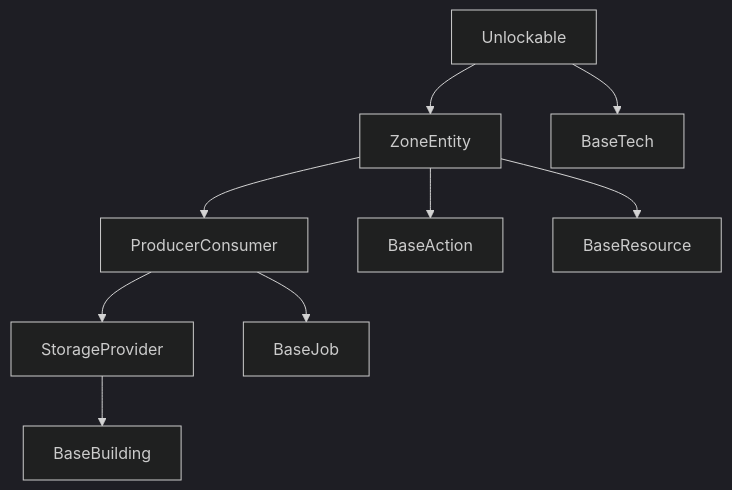
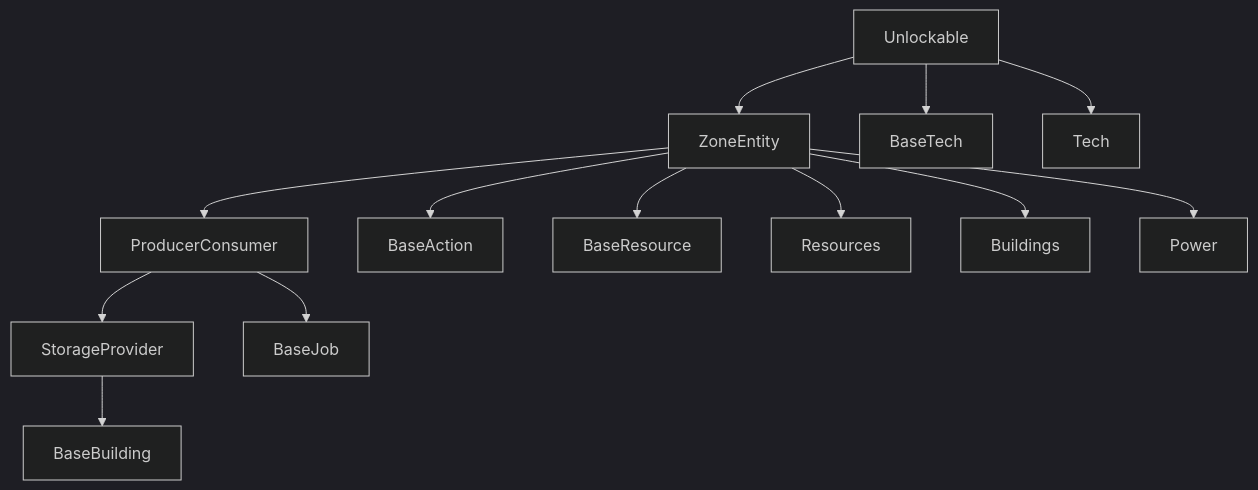
One commit to krnsk0/idler changed the diagram in docs/HIERARCHY.md. Above: the diagram before and after it, drawn with Mermaid (dark theme). The commit also changed 3 other files, not shown here.

````diff
--- a/docs/HIERARCHY.md
+++ b/docs/HIERARCHY.md
@@ -1,12 +1,22 @@
 ```mermaid
+
+
+
 
 graph TD;
   Z[Unlockable] --> A[ZoneEntity]
   Z[Unlockable] --> K[BaseTech]
   A[ZoneEntity] --> B[ProducerConsumer]
   A[ZoneEntity] --> C[BaseAction]
   E[StorageProvider] --> D[BaseBuilding]
   B[ProducerConsumer] --> E[StorageProvider]
   A[ZoneEntity] --> H[BaseResource]
   B[ProducerConsumer] --> I[BaseJob]
+
+  Z[Unlockable] --> J[Tech]
+  A[ZoneEntity] --> L[Resources]
+  A[ZoneEntity] --> M[Buildings]
+  A[ZoneEntity] --> N[Power]
+
+
 ```
````
